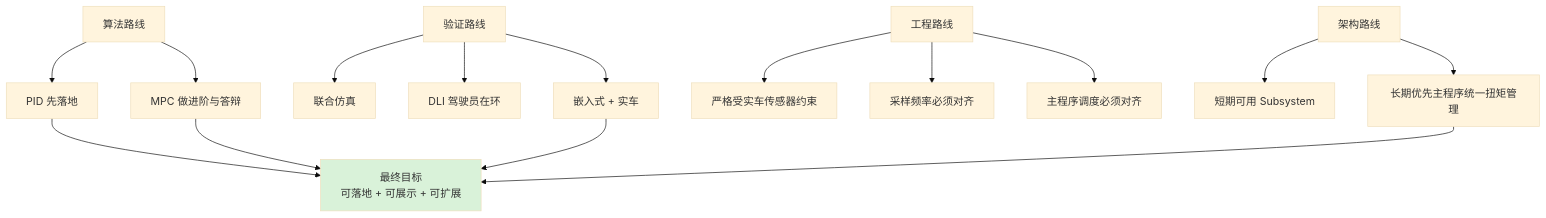
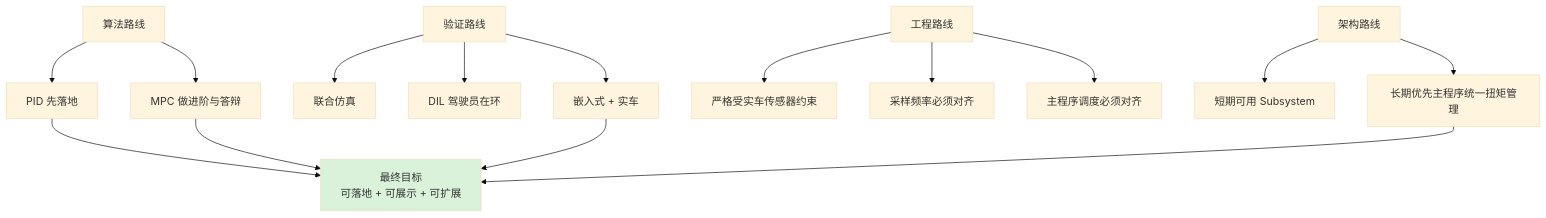
Diagram 15 of 15 in DYC_设计流程说明.md (onebulletkick/Control_EVO_FSAE_CN), drawn with Mermaid (base theme) before and after one commit. The commit also changed other lines of this file and 7 other files, not shown here.

Commit message:
docs(readme): add quickstart diagrams

````diff
--- a/DYC_设计流程说明.md
+++ b/DYC_设计流程说明.md
@@ -428,23 +428,23 @@
 ```mermaid
 flowchart TD
     algo["算法路线"] --> pid["PID 先落地"]
     algo --> mpc["MPC 做进阶与答辩"]
 
     verify["验证路线"] --> sim["联合仿真"]
-    verify --> dli["DLI 驾驶员在环"]
+    verify --> dil["DIL 驾驶员在环"]
     verify --> real["嵌入式 + 实车"]
 
     eng["工程路线"] --> sensor["严格受实车传感器约束"]
     eng --> freq["采样频率必须对齐"]
     eng --> sched["主程序调度必须对齐"]
 
     arch["架构路线"] --> short["短期可用 Subsystem"]
     arch --> long["长期优先主程序统一扭矩管理"]
 
     pid --> final["最终目标<br/>可落地 + 可展示 + 可扩展"]
     mpc --> final
     real --> final
     long --> final
 
     style final fill:#d9f2d9
 ```
````
